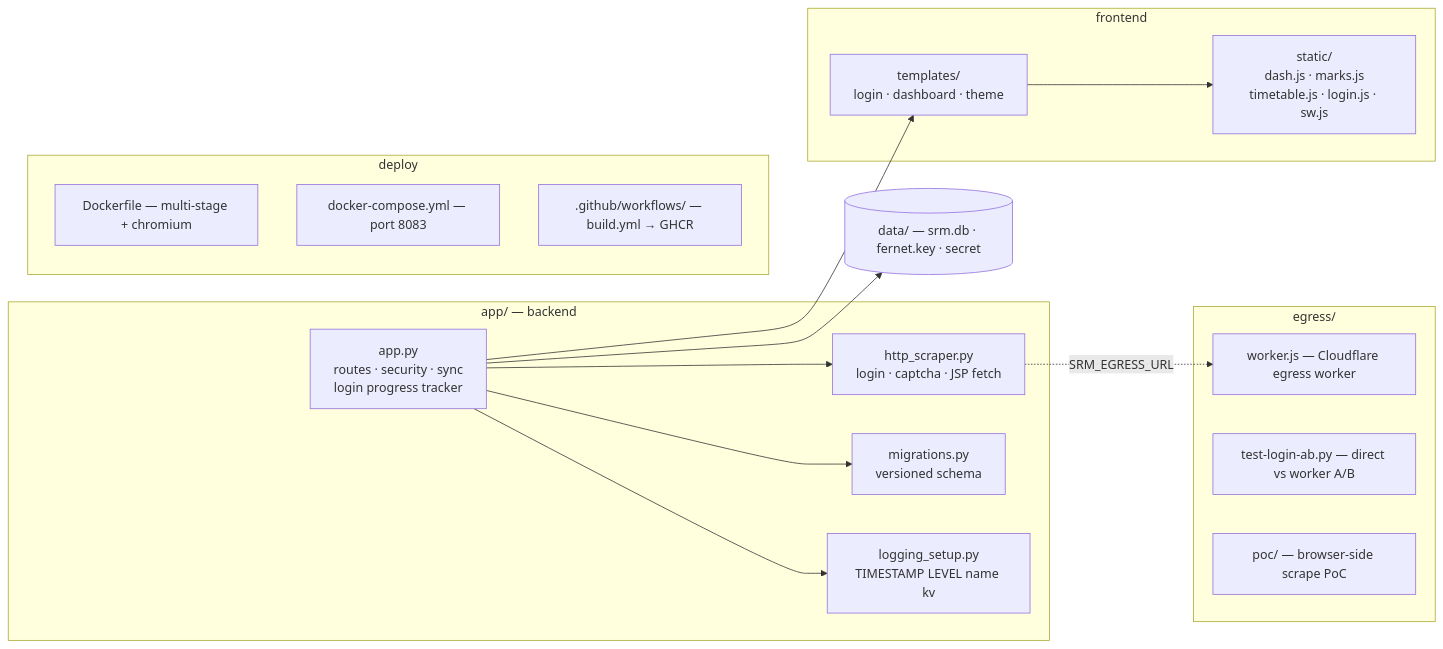
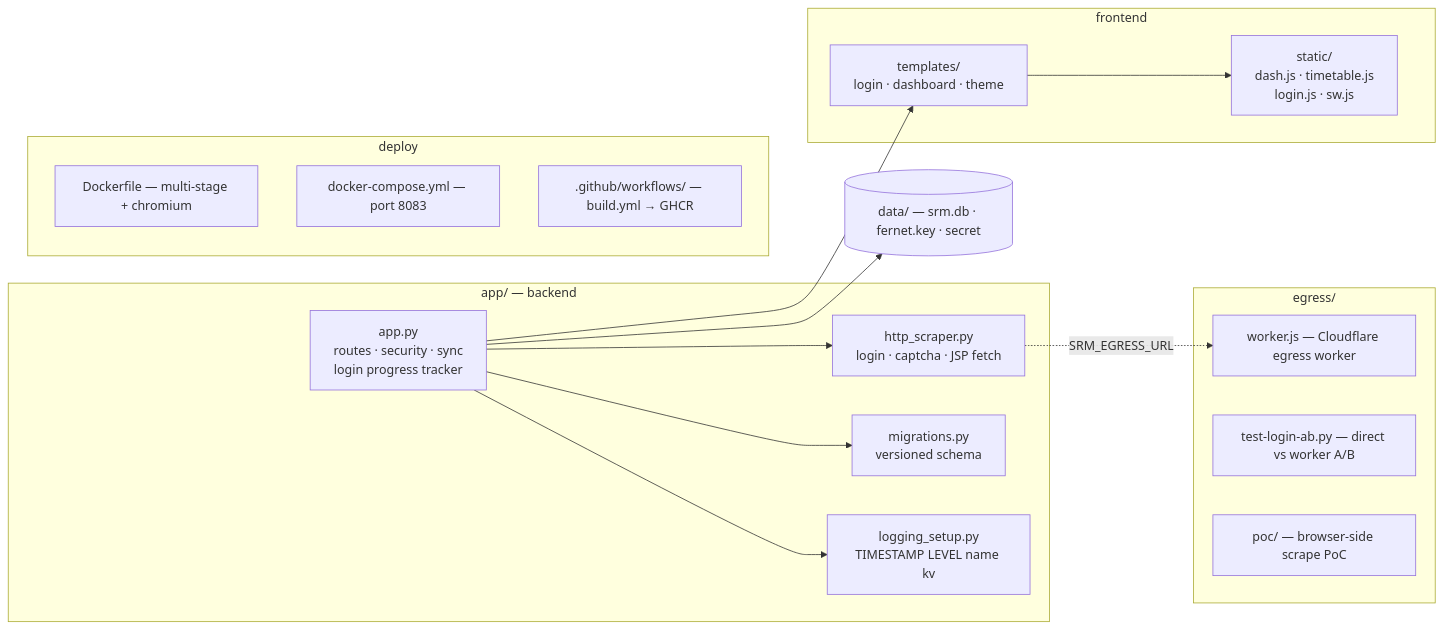
Before and after one commit to thenabbu/OpenSRM: the third of 3 diagrams in README.md, drawn with Mermaid. The commit also changed other lines of this file and 1 other file, not shown here.

Commit message:
docs: README/CONTRIBUTING for the 1.1.0 setup — fix formId 17→13 (marks, not personal), drop marks.js refs, preflight/network-first/dividers/copy bullets, version bump policy

````diff
--- a/README.md
+++ b/README.md
@@ -137,36 +137,36 @@
 ```mermaid
 flowchart LR
     subgraph core["app/ — backend"]
         APP["app.py<br/>routes · security · sync<br/>login progress tracker"]
         SCR["http_scraper.py<br/>login · captcha · JSP fetch"]
         MIG["migrations.py<br/>versioned schema"]
         LOG["logging_setup.py<br/>TIMESTAMP LEVEL name kv"]
     end
 
     subgraph front["frontend"]
         TPL["templates/<br/>login · dashboard · theme"]
-        ST["static/<br/>dash.js · marks.js<br/>timetable.js · login.js · sw.js"]
+        ST["static/<br/>dash.js · timetable.js<br/>login.js · sw.js"]
     end
 
     subgraph eg["egress/"]
         WK["worker.js — Cloudflare egress worker"]
         AB["test-login-ab.py — direct vs worker A/B"]
         POC["poc/ — browser-side scrape PoC"]
     end
 
     subgraph dep["deploy"]
         DF["Dockerfile — multi-stage + chromium"]
         DC["docker-compose.yml — port 8083"]
         CI[".github/workflows/ — build.yml → GHCR"]
     end
 
     DATA[("data/ — srm.db · fernet.key · secret")]
 
     APP --> SCR
     APP --> MIG
     APP --> LOG
     APP --> TPL
     TPL --> ST
     APP --> DATA
     SCR -.->|"SRM_EGRESS_URL"| WK
 ```
````
